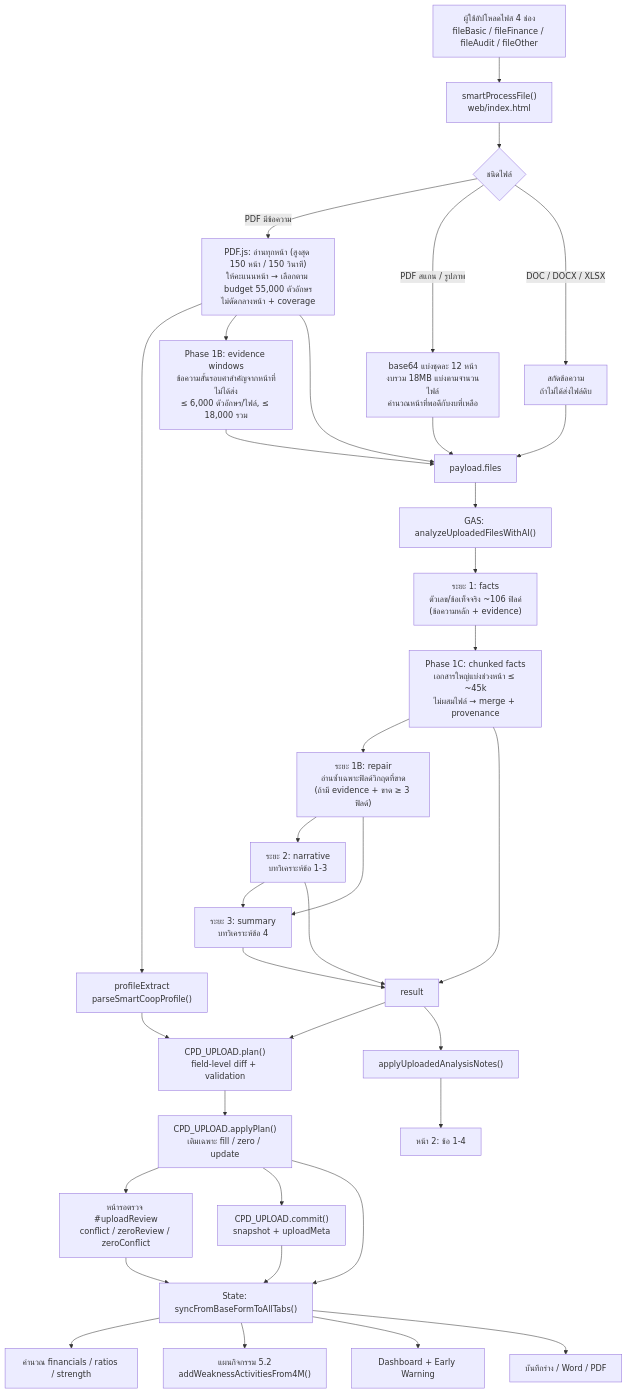
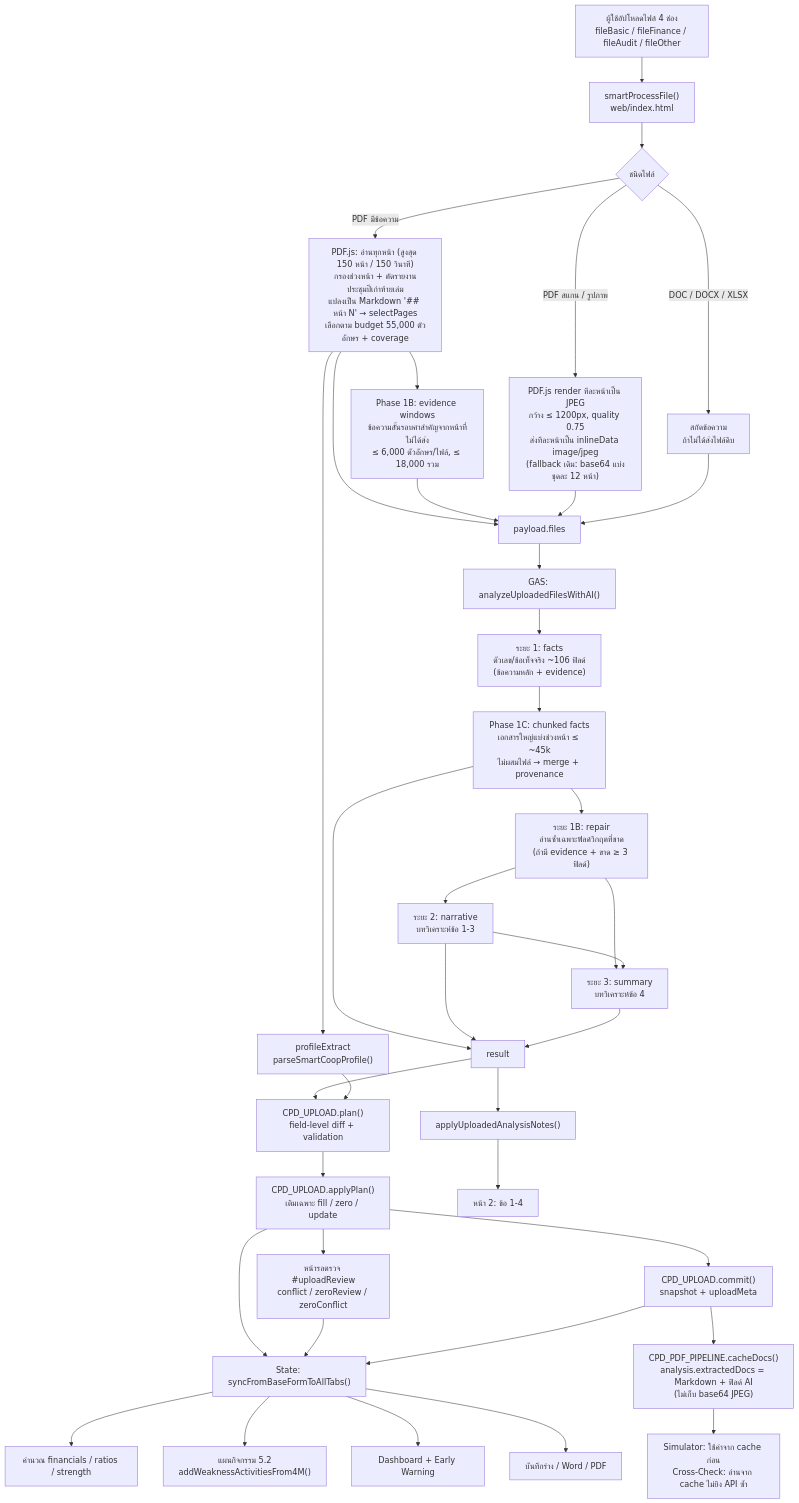
The diagram in docs/upload-data-flow.md (supakritkhawthong-lab/cps-promotion-plan-2570), drawn with Mermaid before and after one commit. The commit also changed other lines of this file and 9 other files, not shown here.

Commit message:
feat(pdf): client-side PDF pipeline with page preview and cache-backed simulator

````diff
--- a/docs/upload-data-flow.md
+++ b/docs/upload-data-flow.md
@@ -14,38 +14,40 @@
 ```mermaid
 flowchart TD
     A["ผู้ใช้อัปโหลดไฟล์ 4 ช่อง<br/>fileBasic / fileFinance / fileAudit / fileOther"] --> B["smartProcessFile()<br/>web/index.html"]
     B --> C{"ชนิดไฟล์"}
-    C -->|"PDF มีข้อความ"| D["PDF.js: อ่านทุกหน้า (สูงสุด 150 หน้า / 150 วินาที)<br/>ให้คะแนนหน้า → เลือกตาม budget 55,000 ตัวอักษร<br/>ไม่ตัดกลางหน้า + coverage"]
-    C -->|"PDF สแกน / รูปภาพ"| E["base64 แบ่งชุดละ 12 หน้า<br/>งบรวม 18MB แบ่งตามจำนวนไฟล์<br/>คำนวณหน้าที่พอดีกับงบที่เหลือ"]
+    C -->|"PDF มีข้อความ"| D["PDF.js: อ่านทุกหน้า (สูงสุด 150 หน้า / 150 วินาที)<br/>กรองช่วงหน้า + ตัดรายงานประชุมปีเก่าท้ายเล่ม<br/>แปลงเป็น Markdown '## หน้า N' → selectPages<br/>เลือกตาม budget 55,000 ตัวอักษร + coverage"]
+    C -->|"PDF สแกน / รูปภาพ"| E["PDF.js render ทีละหน้าเป็น JPEG<br/>กว้าง ≤ 1200px, quality 0.75<br/>ส่งทีละหน้าเป็น inlineData image/jpeg<br/>(fallback เดิม: base64 แบ่งชุดละ 12 หน้า)"]
     C -->|"DOC / DOCX / XLSX"| F["สกัดข้อความ<br/>ถ้าไม่ได้ส่งไฟล์ดิบ"]
     D --> G["profileExtract<br/>parseSmartCoopProfile()"]
     D --> D2["Phase 1B: evidence windows<br/>ข้อความสั้นรอบคำสำคัญจากหน้าที่ไม่ได้ส่ง<br/>≤ 6,000 ตัวอักษร/ไฟล์, ≤ 18,000 รวม"]
     D --> H["payload.files"]
     D2 --> H
     E --> H
     F --> H
     H --> I["GAS: analyzeUploadedFilesWithAI()"]
     I --> J["ระยะ 1: facts<br/>ตัวเลข/ข้อเท็จจริง ~106 ฟิลด์<br/>(ข้อความหลัก + evidence)"]
     J --> J1["Phase 1C: chunked facts<br/>เอกสารใหญ่แบ่งช่วงหน้า ≤ ~45k<br/>ไม่ผสมไฟล์ → merge + provenance"]
     J1 --> J2["ระยะ 1B: repair<br/>อ่านซ้ำเฉพาะฟิลด์วิกฤตที่ขาด<br/>(ถ้ามี evidence + ขาด ≥ 3 ฟิลด์)"]
     J2 --> K["ระยะ 2: narrative<br/>บทวิเคราะห์ข้อ 1-3"]
     J2 --> L["ระยะ 3: summary<br/>บทวิเคราะห์ข้อ 4"]
     K --> L
     J1 --> M["result"]
     K --> M
     L --> M
     M --> N["CPD_UPLOAD.plan()<br/>field-level diff + validation"]
     G --> N
     N --> N2["CPD_UPLOAD.applyPlan()<br/>เติมเฉพาะ fill / zero / update"]
     N2 --> N3["หน้ารอตรวจ #uploadReview<br/>conflict / zeroReview / zeroConflict"]
     N2 --> N4["CPD_UPLOAD.commit()<br/>snapshot + uploadMeta"]
     N2 --> O["State: syncFromBaseFormToAllTabs()"]
     N3 --> O
     N4 --> O
+    N4 --> N5["CPD_PDF_PIPELINE.cacheDocs()<br/>analysis.extractedDocs = Markdown + ฟิลด์ AI<br/>(ไม่เก็บ base64 JPEG)"]
+    N5 --> N6["Simulator: ใช้ค่าจาก cache ก่อน<br/>Cross-Check: อ่านจาก cache ไม่ยิง API ซ้ำ"]
     O --> P["คำนวณ financials / ratios / strength"]
     M --> Q["applyUploadedAnalysisNotes()"]
     Q --> R["หน้า 2: ข้อ 1-4"]
     O --> S["แผนกิจกรรม 5.2<br/>addWeaknessActivitiesFrom4M()"]
     O --> T["Dashboard + Early Warning"]
     O --> U["บันทึกร่าง / Word / PDF"]
 ```
````
